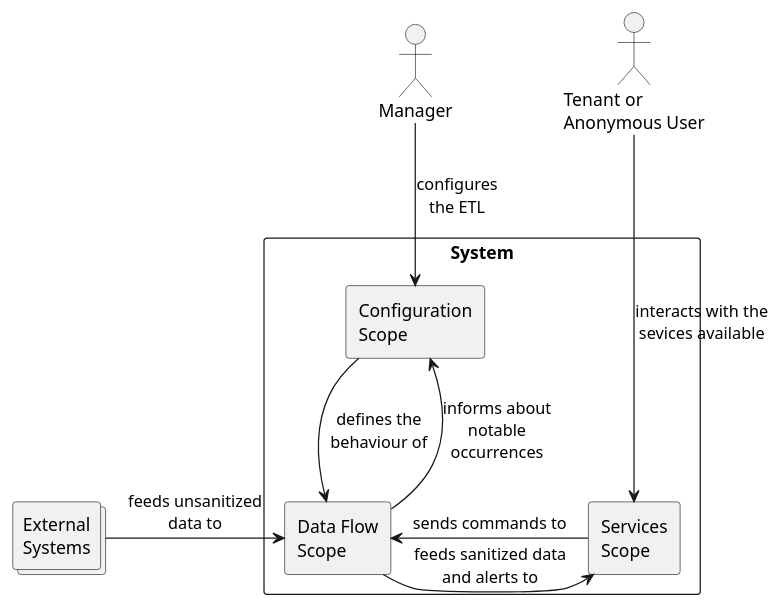
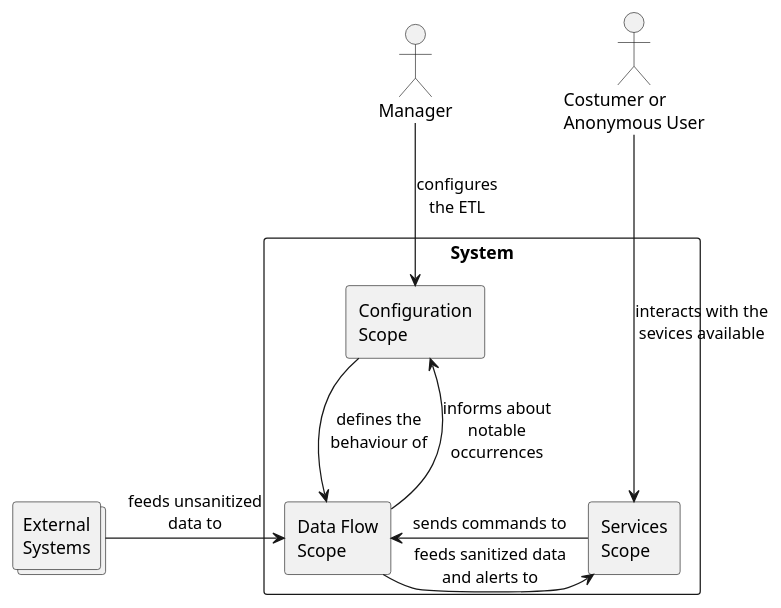
The diagram in assets/diagrams/design/scopes.pu (FilipeMCruz/dissertation), drawn with PlantUML before and after one commit. The commit also changed 9 other files, not shown here.

```diff
--- a/assets/diagrams/design/scopes.pu
+++ b/assets/diagrams/design/scopes.pu
@@ -1,32 +1,32 @@
 @startuml scopes
 
 skinparam componentStyle rectangle
 
 actor Manager
 
-actor "Tenant or\nAnonymous User" as User
+actor "Costumer or\nAnonymous User" as User
 
 collections "External\nSystems" as ExternalSystem
 
 component "System" {
 
     component "Configuration\nScope" as Configuration
 
     component "Data Flow\nScope" as DataFlow
 
     component "Services\nScope" as Service
 }
 
 ExternalSystem -> DataFlow : feeds unsanitized\ndata to
 
 Configuration --> DataFlow : defines the\nbehaviour of
 Configuration <-- DataFlow : informs about\nnotable\noccurrences
 
 DataFlow -> Service : feeds sanitized data\nand alerts to
 Service -> DataFlow : sends commands to
 
 Manager --> Configuration : configures\nthe ETL
 
 User ---> Service : interacts with the\nsevices available
 
 @enduml
```
